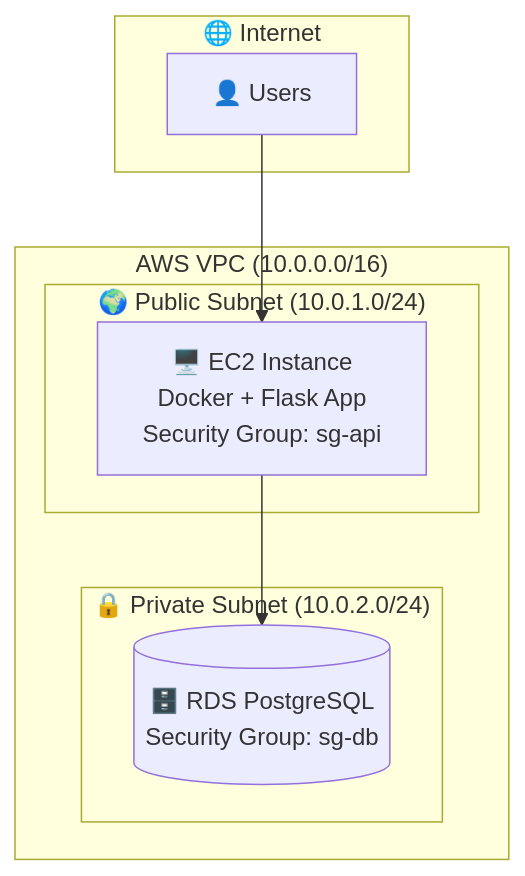
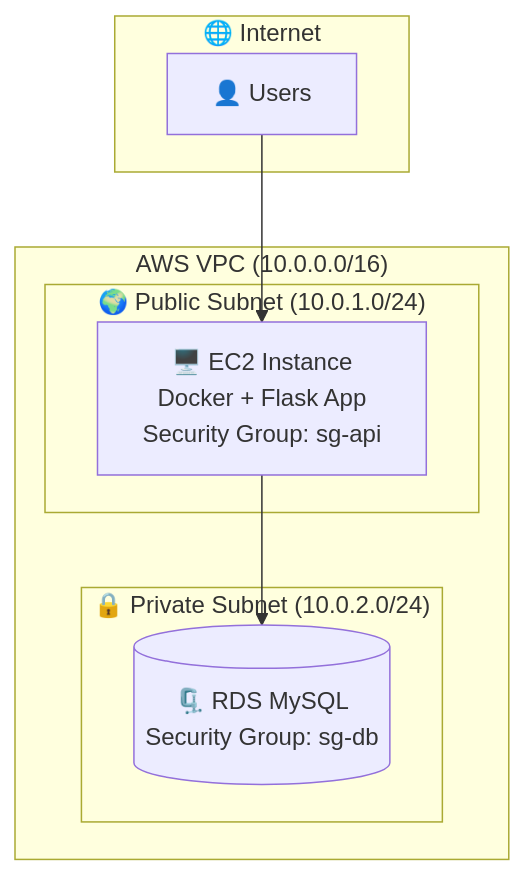
Before and after one commit to d01ki/FE-master: the first of 6 diagrams in DOCKER_AWS_README.md, drawn with Mermaid. The commit also changed other lines of this file and 9 other files, not shown here.

````diff
--- a/DOCKER_AWS_README.md
+++ b/DOCKER_AWS_README.md
@@ -7,19 +7,19 @@
 ```mermaid
 graph TB
     subgraph "🌐 Internet"
         User[👤 Users]
     end
     
     subgraph "AWS VPC (10.0.0.0/16)"
         subgraph "🌍 Public Subnet (10.0.1.0/24)"
             EC2[🖥️ EC2 Instance<br/>Docker + Flask App<br/>Security Group: sg-api]
         end
         
         subgraph "🔒 Private Subnet (10.0.2.0/24)"
-            RDS[(🗄️ RDS PostgreSQL<br/>Security Group: sg-db)]
+            RDS[(🗜️ RDS MySQL<br/>Security Group: sg-db)]
         end
     end
     
     User --> EC2
     EC2 --> RDS
 ```
````
